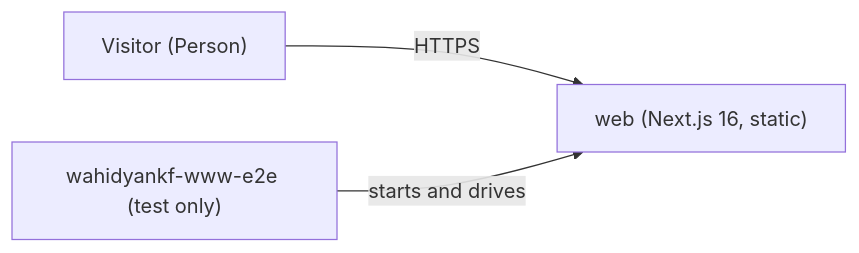
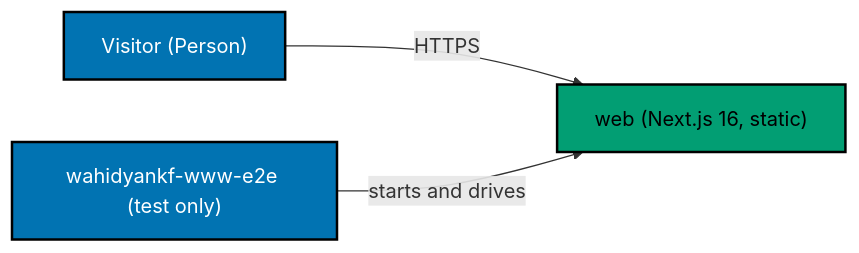
The second of 3 diagrams in specs/apps/wahidyankf-www/architecture.md (wahidyankf/grind-in-public), drawn with Mermaid before and after one commit. The commit also changed other lines of this file and 22 other files, not shown here.

First line of the commit message:
docs: use accessible palette in mermaid diagrams

````diff
--- a/specs/apps/wahidyankf-www/architecture.md
+++ b/specs/apps/wahidyankf-www/architecture.md
@@ -51,9 +57,15 @@
 ```mermaid
 flowchart LR
   accTitle: Container view of wahidyankf-www
   accDescr {
     One Next.js container serves every route. The E2E project starts it over a local port.
   }
   V["Visitor (Person)"] -->|HTTPS| WEB["web (Next.js 16, static)"]
   E2E["wahidyankf-www-e2e (test only)"] -->|starts and drives| WEB
+  classDef default fill:#FFFFFF,stroke:#000000,color:#000000,stroke-width:2px
+  classDef blue fill:#0173B2,stroke:#000000,color:#FFFFFF,stroke-width:2px
+  classDef orange fill:#DE8F05,stroke:#000000,color:#000000,stroke-width:2px
+  classDef teal fill:#029E73,stroke:#000000,color:#000000,stroke-width:2px
+  class V,E2E blue
+  class WEB teal
 ```
````
